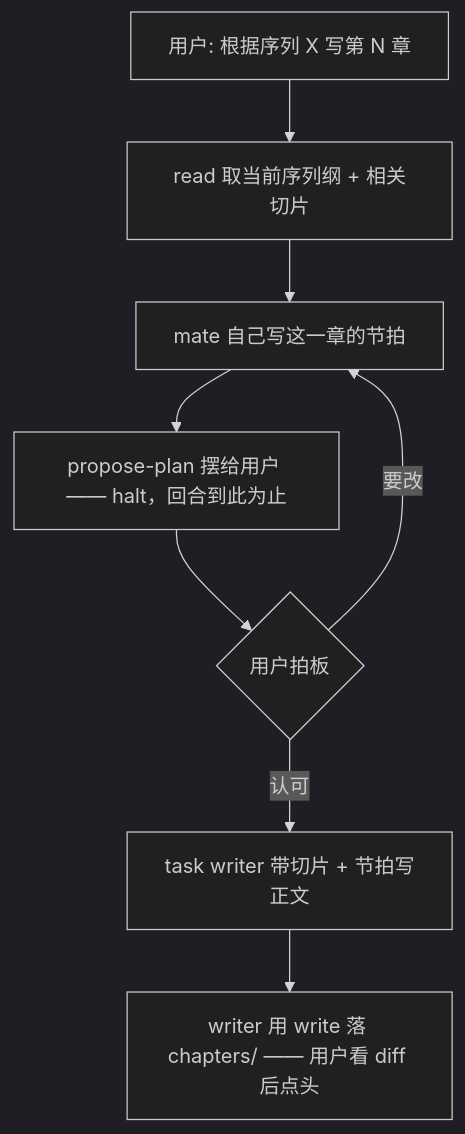
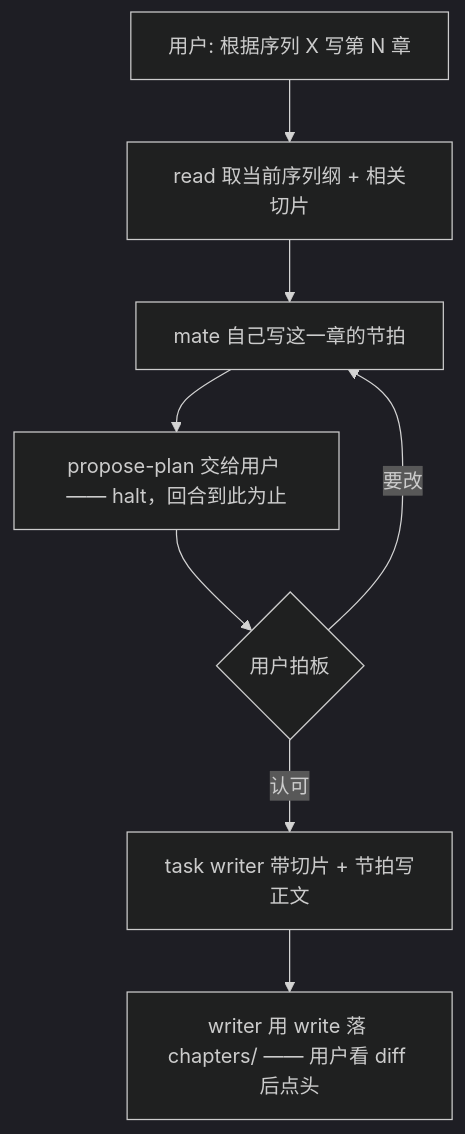
The diagram in docs/design-docs.md (Sunshine334419520/talemate), drawn with Mermaid (dark theme) before and after one commit. The commit also changed other lines of this file and 26 other files, not shown here.

````diff
--- a/docs/design-docs.md
+++ b/docs/design-docs.md
@@ -87,10 +87,10 @@
 ```mermaid
 flowchart TD
     W[用户: 根据序列 X 写第 N 章] --> W1[read 取当前序列纲 + 相关切片]
     W1 --> W2[mate 自己写这一章的节拍]
-    W2 --> W3[propose-plan 摆给用户 —— halt，回合到此为止]
+    W2 --> W3[propose-plan 交给用户 —— halt，回合到此为止]
     W3 --> W4{用户拍板}
     W4 -- 要改 --> W2
     W4 -- 认可 --> W5[task writer 带切片 + 节拍写正文]
     W5 --> W6[writer 用 write 落 chapters/ —— 用户看 diff 后点头]
 ```
````
